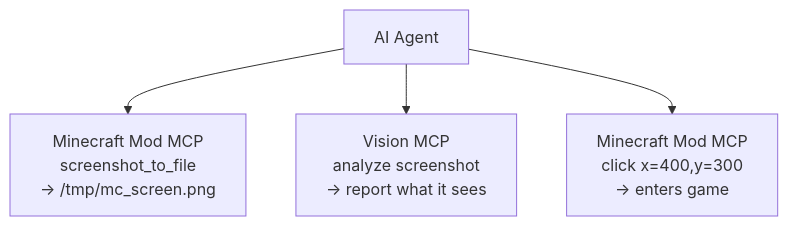
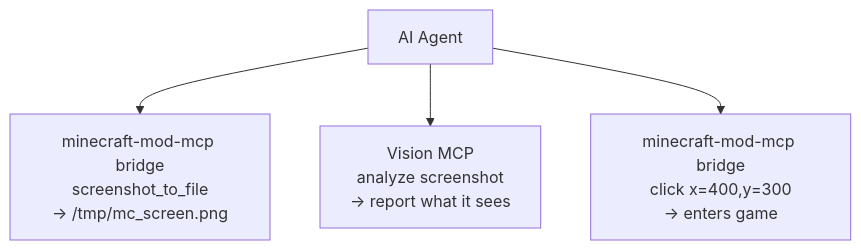
One commit to langyo/minecraft-mod-mcp changed the second of 2 diagrams in docs/guides/en/AI-TOOLS.md. Above: the diagram before and after it, drawn with Mermaid. The commit also changed other lines of this file and 417 other files, not shown here.

````diff
--- a/docs/guides/en/AI-TOOLS.md
+++ b/docs/guides/en/AI-TOOLS.md
@@ -568,7 +599,7 @@
 ```mermaid
 flowchart TD
     A["AI Agent"]
-    A --> B["Minecraft Mod MCP<br/>screenshot_to_file<br/>→ /tmp/mc_screen.png"]
+    A --> B["minecraft-mod-mcp bridge<br/>screenshot_to_file<br/>→ /tmp/mc_screen.png"]
     A --> C["Vision MCP<br/>analyze screenshot<br/>→ report what it sees"]
-    A --> D["Minecraft Mod MCP<br/>click x=400,y=300<br/>→ enters game"]
+    A --> D["minecraft-mod-mcp bridge<br/>click x=400,y=300<br/>→ enters game"]
 ```
````
